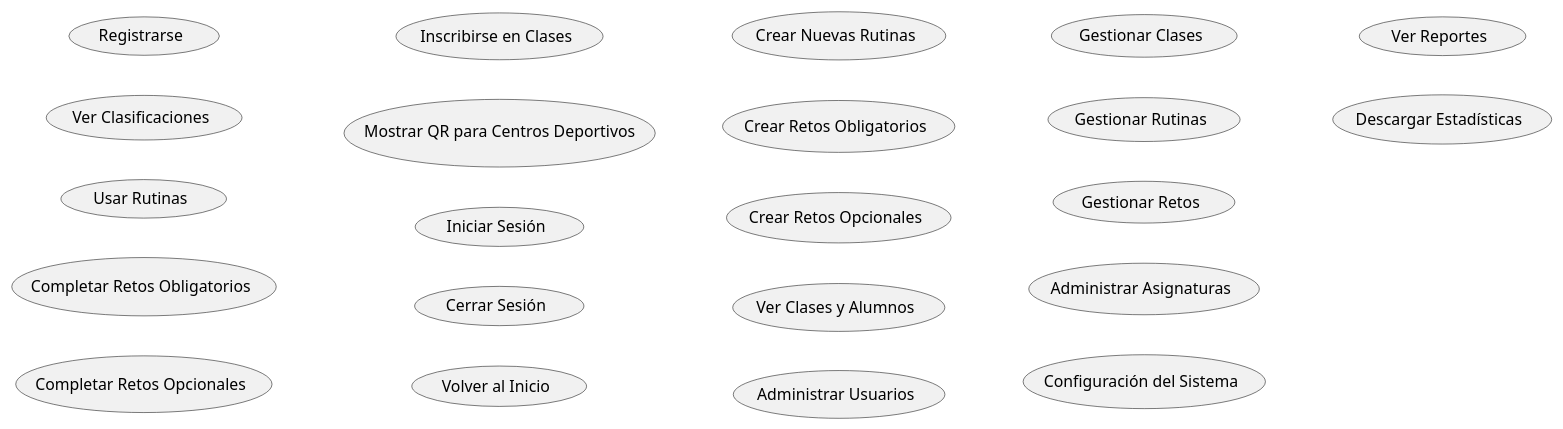
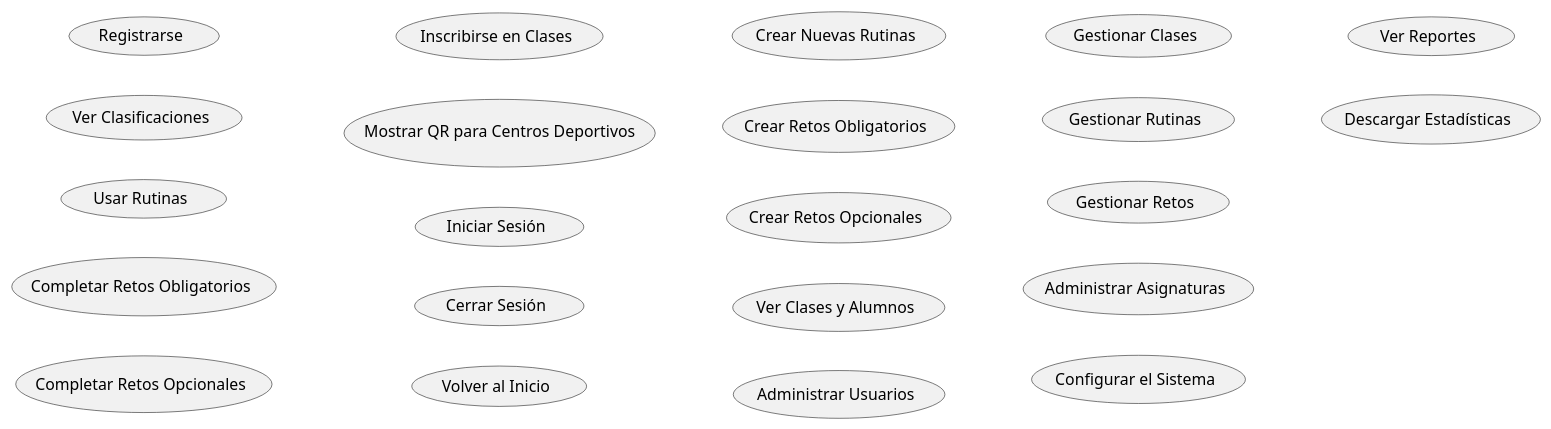
One commit to mmasias/24-25-IdSw1-SDR changed the diagram in Documentos/CasosUso/CasosUso.puml. Above: the diagram before and after it, drawn with PlantUML.

```diff
--- a/Documentos/CasosUso/CasosUso.puml
+++ b/Documentos/CasosUso/CasosUso.puml
@@ -1,30 +1,30 @@
 @startuml
 left to right direction
 
 usecase "Registrarse" as Registrarse
 
 usecase "Ver Clasificaciones" as VerClasificaciones
 usecase "Usar Rutinas" as UsarRutinas
 usecase "Completar Retos Obligatorios" as CompletarRetosObligatorios
 usecase "Completar Retos Opcionales" as CompletarRetosOpcionales
 usecase "Inscribirse en Clases" as InscribirseClases
 usecase "Mostrar QR para Centros Deportivos" as UsarQR
 usecase "Iniciar Sesión" as IniciarSesion
 usecase "Cerrar Sesión" as CerrarSesion
 usecase "Volver al Inicio" as VolverInicio
 
 usecase "Crear Nuevas Rutinas" as CrearRutinas
 usecase "Crear Retos Obligatorios" as CrearRetosObligatorios
 usecase "Crear Retos Opcionales" as CrearRetosOpcionales
 usecase "Ver Clases y Alumnos" as VerClasesAlumnos
 
 usecase "Administrar Usuarios" as AdministrarUsuarios
 usecase "Gestionar Clases" as GestionarClases
 usecase "Gestionar Rutinas" as GestionarRutinas
 usecase "Gestionar Retos" as GestionarRetos
 usecase "Administrar Asignaturas" as AdministrarAsignaturas
-usecase "Configuración del Sistema" as ConfigurarSistema
+usecase "Configurar el Sistema" as ConfigurarSistema
 usecase "Ver Reportes" as VerReportes
 usecase "Descargar Estadísticas" as DescargarEstadisticas
 
 @enduml
```
